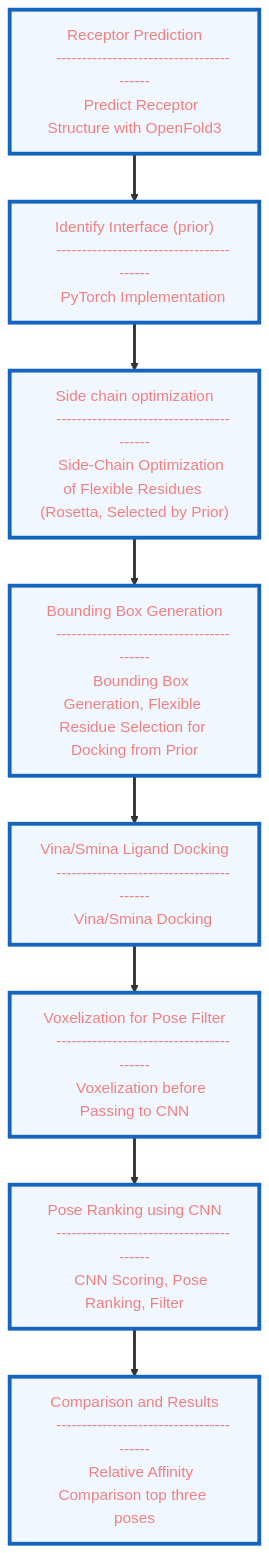
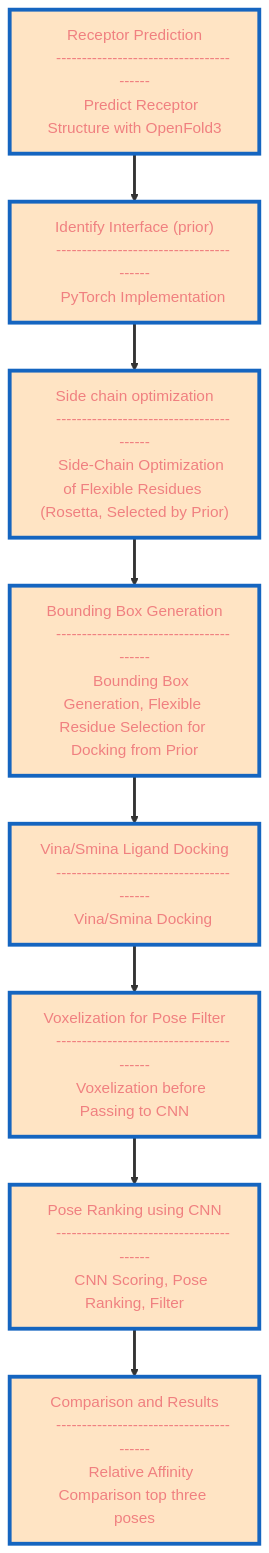
One commit to nicolemariepaterson/dokken changed the diagram in README.md. Above: the diagram before and after it, drawn with Mermaid.

````diff
--- a/README.md
+++ b/README.md
@@ -17,61 +17,61 @@
 ```mermaid
 flowchart TB
 
     %% Large vertical layout
 
     A[" 
     Receptor Prediction
     ----------------------------------------
     Predict Receptor Structure with OpenFold3
     "]
 
     B[" 
     Identify Interface (prior)
     ----------------------------------------
     PyTorch Implementation 
     "]
 
     C[" 
     Side chain optimization
     ----------------------------------------
     Side-Chain Optimization of Flexible Residues (Rosetta, Selected by Prior)
     "]
 
     D[" 
     Bounding Box Generation
     ----------------------------------------
     Bounding Box Generation, Flexible Residue Selection for Docking from Prior
     "]
 
     E[" 
     Vina/Smina Ligand Docking
     ----------------------------------------
     Vina/Smina Docking
     "]
 
     F[" 
     Voxelization for Pose Filter
     ----------------------------------------
     Voxelization before Passing to CNN
     "]
 
     G[" 
     Pose Ranking using CNN
     ----------------------------------------
     CNN Scoring, Pose Ranking, Filter
     "]
 
     H[" 
     Comparison and Results
     ----------------------------------------
     Relative Affinity Comparison top three poses
     "]
 
     A --> B --> C --> D --> E --> F --> G --> H
 
     %% Styling
-    classDef big fill:#F0F7FF,stroke:#1565C0,stroke-width:4px,color:#F08080;
+    classDef big fill:#FFE4C4,stroke:#1565C0,stroke-width:4px,color:#F08080;
     class A,B,C,D,E,F,G,H big;
 
     linkStyle default stroke-width:3px
 ```
````
